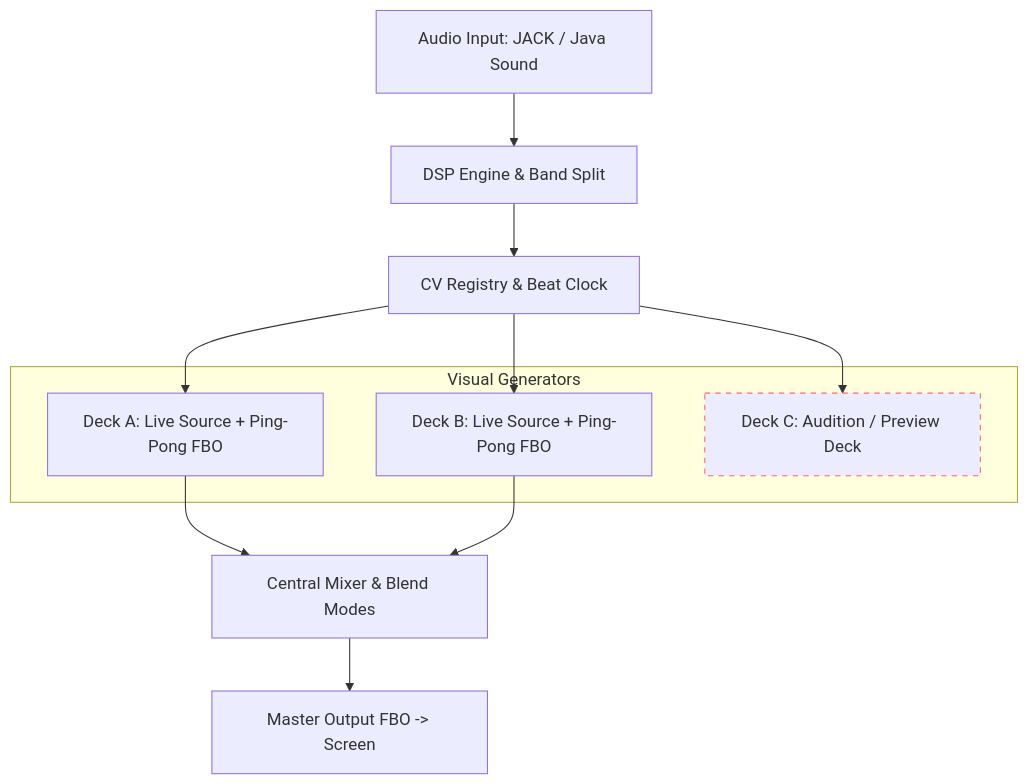
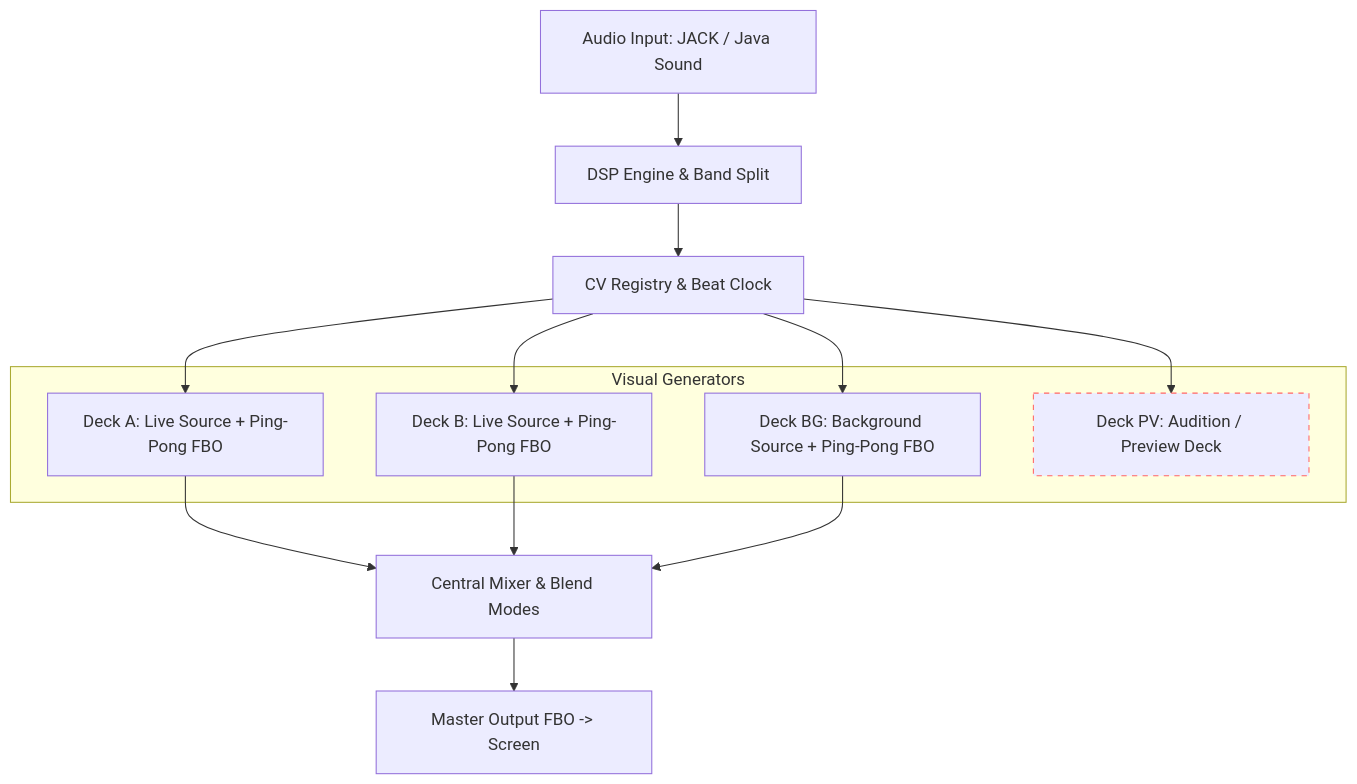
The diagram in docs/user_guide/concepts.md (greenjon/liquid-lsd), drawn with Mermaid before and after one commit. The commit also changed other lines of this file and 8 other files, not shown here.

Commit message:
docs: align architecture, user guide, and developer docs with deck architecture and preset naming

````diff
--- a/docs/user_guide/concepts.md
+++ b/docs/user_guide/concepts.md
@@ -9,21 +9,24 @@
 ```mermaid
 graph TD
     Audio[Audio Input: JACK / Java Sound] --> DSP[DSP Engine & Band Split]
     DSP --> CV[CV Registry & Beat Clock]
     
     subgraph Decks [Visual Generators]
         DeckA[Deck A: Live Source + Ping-Pong FBO]
         DeckB[Deck B: Live Source + Ping-Pong FBO]
-        DeckC[Deck C: Audition / Preview Deck]
+        DeckBG[Deck BG: Background Source + Ping-Pong FBO]
+        DeckPV[Deck PV: Audition / Preview Deck]
     end
     
     CV --> DeckA
     CV --> DeckB
-    CV --> DeckC
+    CV --> DeckBG
+    CV --> DeckPV
     
     DeckA --> Mixer[Central Mixer & Blend Modes]
     DeckB --> Mixer
+    DeckBG --> Mixer
     Mixer --> Master[Master Output FBO -> Screen]
     
-    style DeckC stroke:#f66,stroke-dasharray: 5 5
+    style DeckPV stroke:#f66,stroke-dasharray: 5 5
 ```
````
